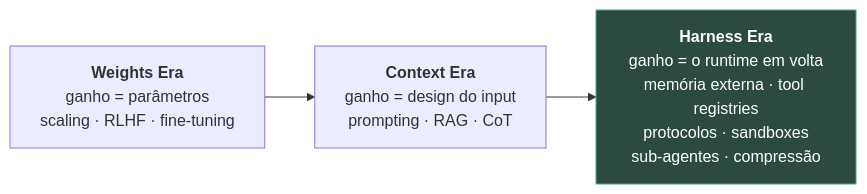
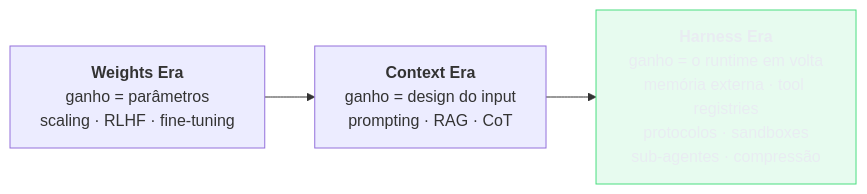
The first of 4 diagrams in 03-Dominios/Tecnologia/IA/Anatomia de Agents/11 - Harness engineering — a terceira camada.md (josenaldo/codex-technomanticus), drawn with Mermaid before and after one commit. The commit also changed other lines of this file and 1181 other files, not shown here.

First line of the commit message:
fix(diagramas): paleta do sistema no lugar de cor cravada no markdown

````diff
--- a/03-Dominios/Tecnologia/IA/Anatomia de Agents/11 - Harness engineering — a terceira camada.md
+++ b/03-Dominios/Tecnologia/IA/Anatomia de Agents/11 - Harness engineering — a terceira camada.md
@@ -47,6 +47,7 @@
 ```mermaid
 graph LR
+    classDef ok fill:#4ADE8021,stroke:#4ADE80,color:#E9ECF2
     A["<b>Weights Era</b><br/>ganho = parâmetros<br/>scaling · RLHF · fine-tuning"] --> B["<b>Context Era</b><br/>ganho = design do input<br/>prompting · RAG · CoT"]
     B --> C["<b>Harness Era</b><br/>ganho = o runtime em volta<br/>memória externa · tool registries<br/>protocolos · sandboxes<br/>sub-agentes · compressão"]
-    style C fill:#2d4a3e,stroke:#4a8,color:#fff
+    class C ok
 ```
````
